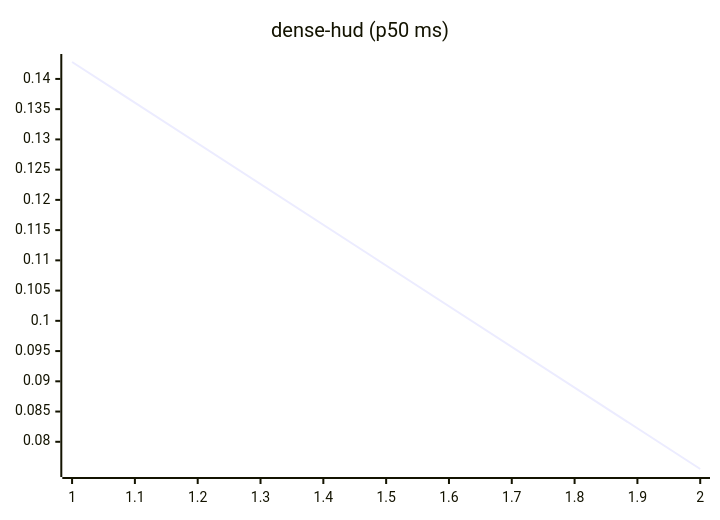
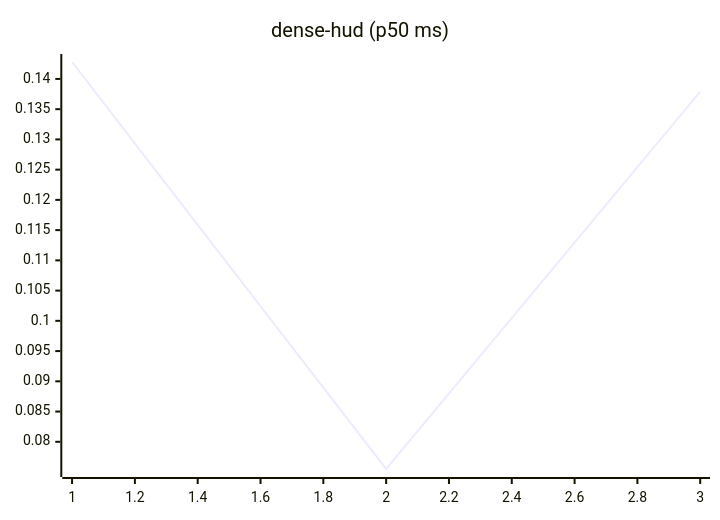
Before and after one commit to josha/Facet: the eighth of 27 diagrams in README.md, drawn with Mermaid. The commit also changed other lines of this file and 2 other files, not shown here.

````diff
--- a/README.md
+++ b/README.md
@@ -112,6 +112,6 @@
 ```mermaid
 xychart-beta
     title "dense-hud (p50 ms)"
-    x-axis 1 --> 2
-    line [0.1428, 0.0755]
+    x-axis 1 --> 3
+    line [0.1428, 0.0755, 0.1379]
 ```
````
